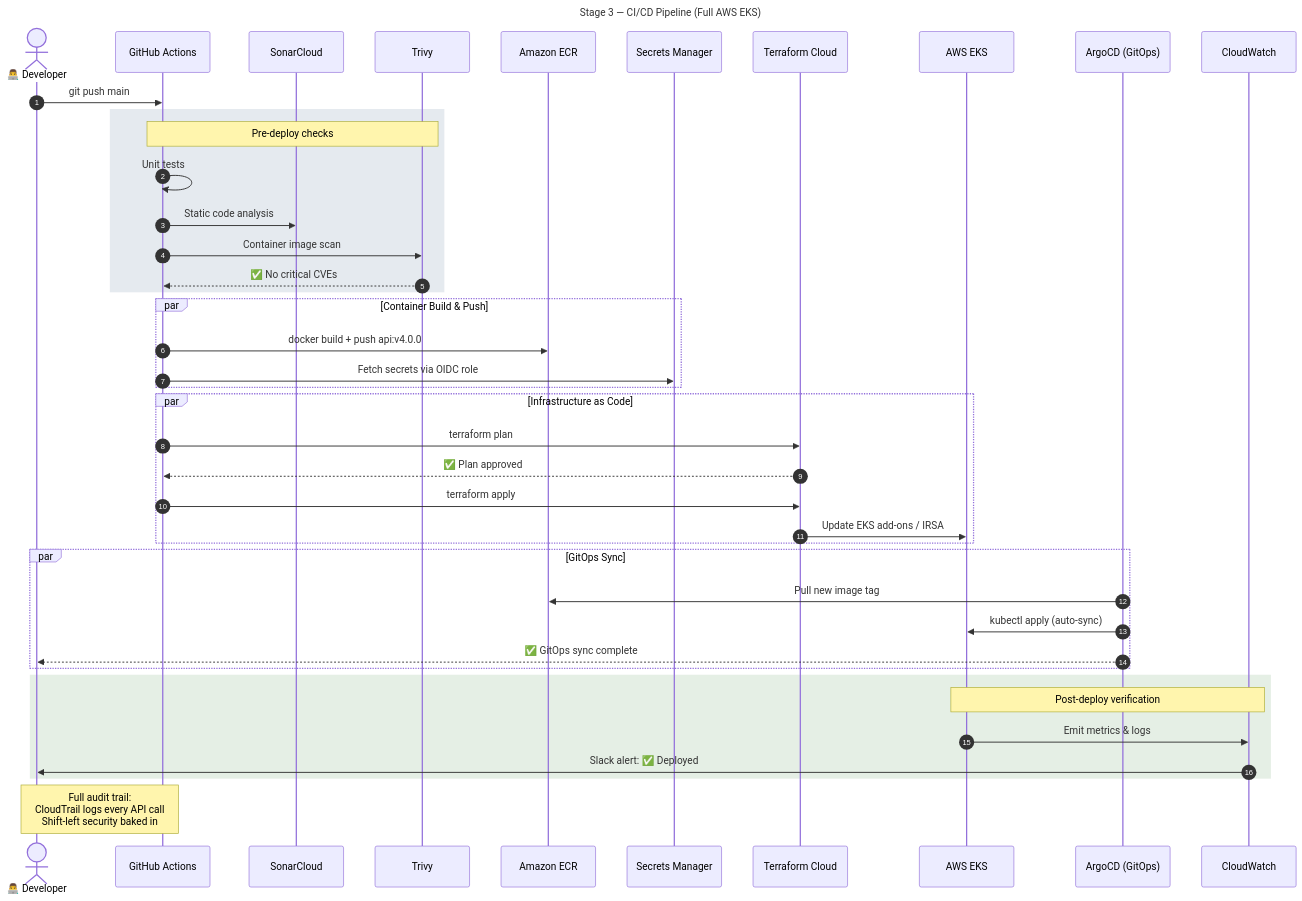
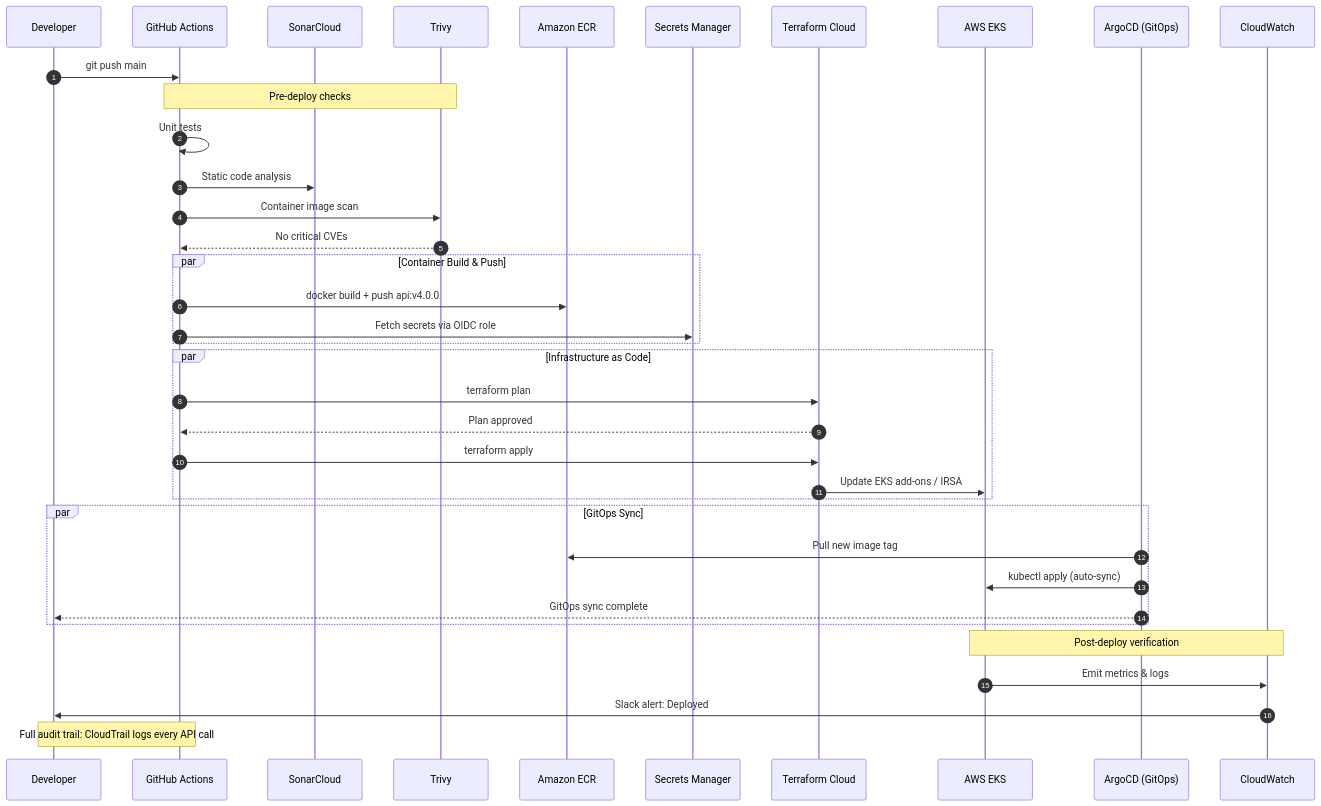
The tenth of 10 diagrams in README.md (DurianLAB/hetzner-to-eks), drawn with Mermaid before and after one commit. The commit also changed other lines of this file, not shown here.

First line of the commit message:
fix: correct Mermaid syntax for GitHub rendering

````diff
--- a/README.md
+++ b/README.md
@@ -606,52 +580,46 @@
 ```mermaid
 sequenceDiagram
     autonumber
-    Title: Stage 3 — CI/CD Pipeline (Full AWS EKS)
-
-    actor DEV as 👨‍💻 Developer
+    participant DEV as Developer
     participant GH as GitHub Actions
     participant SONAR as SonarCloud
     participant TRIVY as Trivy
     participant ECR as Amazon ECR
     participant SM as Secrets Manager
     participant TERRAFORM as Terraform Cloud
     participant EKS as AWS EKS
     participant ARGOCD as ArgoCD (GitOps)
     participant CW as CloudWatch
 
     DEV->>GH: git push main
 
-    rect rgba(0, 50, 100, 0.1)
-        Note over GH,TRIVY: Pre-deploy checks
-        GH->>GH: Unit tests
-        GH->>SONAR: Static code analysis
-        GH->>TRIVY: Container image scan
-        TRIVY-->>GH: ✅ No critical CVEs
-    end
+    Note over GH,TRIVY: Pre-deploy checks
+    GH->>GH: Unit tests
+    GH->>SONAR: Static code analysis
+    GH->>TRIVY: Container image scan
+    TRIVY-->>GH: No critical CVEs
 
     par Container Build & Push
         GH->>ECR: docker build + push api:v4.0.0
         GH->>SM: Fetch secrets via OIDC role
     end
 
     par Infrastructure as Code
         GH->>TERRAFORM: terraform plan
-        TERRAFORM-->>GH: ✅ Plan approved
+        TERRAFORM-->>GH: Plan approved
         GH->>TERRAFORM: terraform apply
         TERRAFORM->>EKS: Update EKS add-ons / IRSA
     end
 
     par GitOps Sync
         ARGOCD->>ECR: Pull new image tag
         ARGOCD->>EKS: kubectl apply (auto-sync)
-        ARGOCD-->>DEV: ✅ GitOps sync complete
+        ARGOCD-->>DEV: GitOps sync complete
     end
 
-    rect rgba(0, 100, 0, 0.1)
-        Note over EKS,CW: Post-deploy verification
-        EKS->>CW: Emit metrics & logs
-        CW->>DEV: Slack alert: ✅ Deployed
-    end
+    Note over EKS,CW: Post-deploy verification
+    EKS->>CW: Emit metrics & logs
+    CW->>DEV: Slack alert: Deployed
 
-    Note over GH,DEV: Full audit trail:<br/>CloudTrail logs every API call<br/>Shift-left security baked in
+    Note over GH,DEV: Full audit trail: CloudTrail logs every API call
 ```
````
